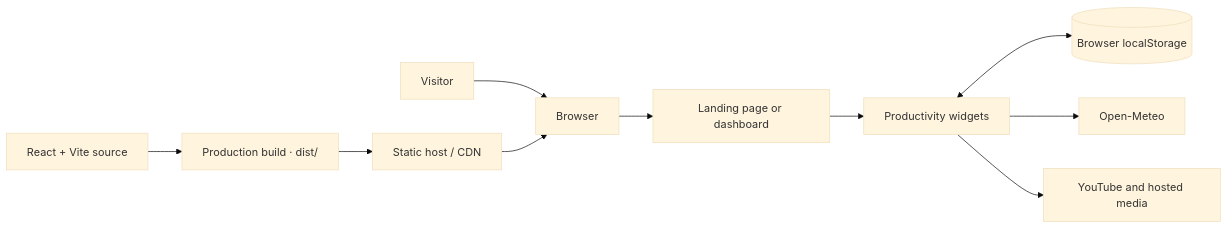
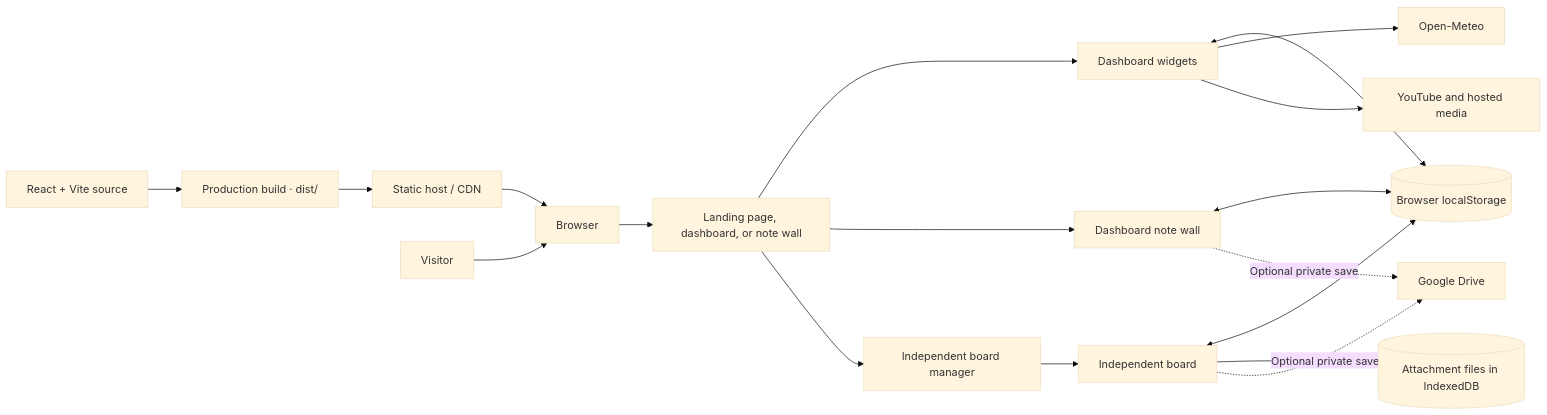
Before and after one commit to Ryson-Theo/Kazedesk: the diagram in README.md, drawn with Mermaid (base theme). The commit also changed other lines of this file and 3 other files, not shown here.

````diff
--- a/README.md
+++ b/README.md
@@ -37,12 +45,20 @@
 ```mermaid
 flowchart LR
     Source["React + Vite source"] --> Build["Production build · dist/"]
     Build --> Host["Static host / CDN"]
     Visitor --> Browser
     Host --> Browser
-    Browser --> Routes["Landing page or dashboard"]
-    Routes --> Widgets["Productivity widgets"]
+    Browser --> Routes["Landing page, dashboard, or note wall"]
+    Routes --> Widgets["Dashboard widgets"]
+    Routes --> Wall["Dashboard note wall"]
+    Routes --> BoardManager["Independent board manager"]
+    BoardManager --> Board["Independent board"]
     Widgets <--> LocalStorage[(Browser localStorage)]
+    Wall <--> LocalStorage
+    Board <--> LocalStorage
+    Board --> IndexedDB[(Attachment files in IndexedDB)]
     Widgets --> Weather["Open-Meteo"]
     Widgets --> Media["YouTube and hosted media"]
+    Wall -. Optional private save .-> Drive["Google Drive"]
+    Board -. Optional private save .-> Drive
 ```
````
